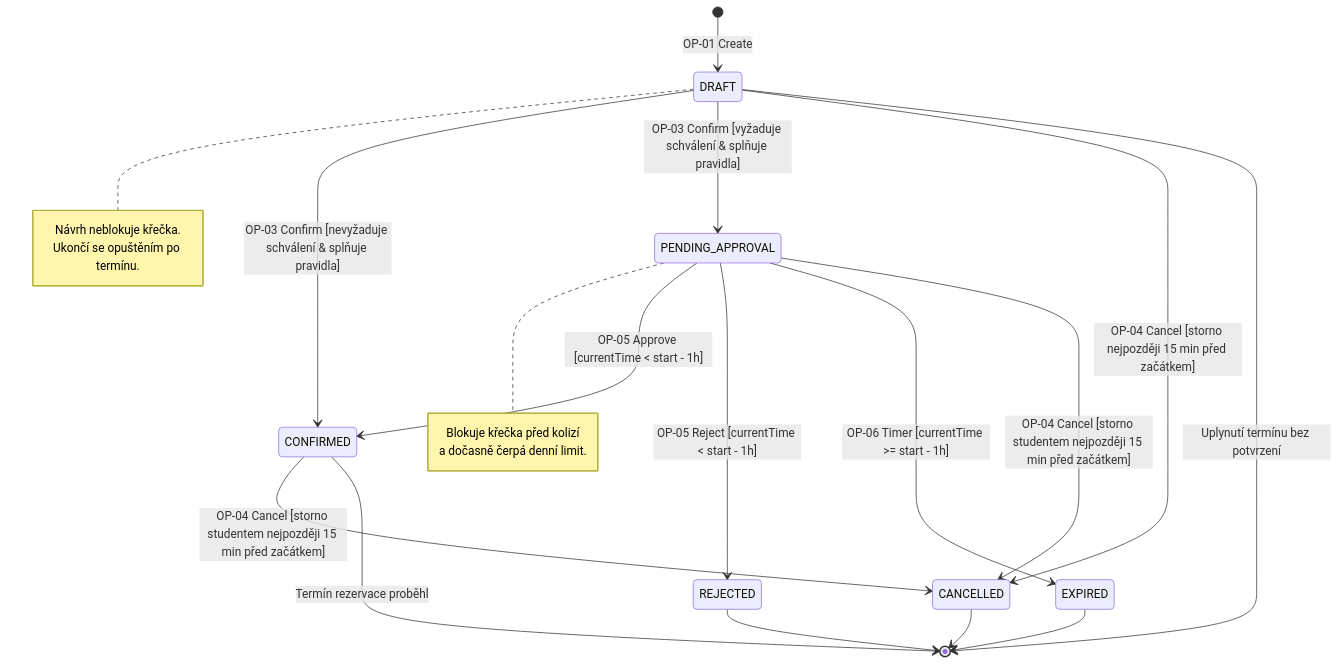
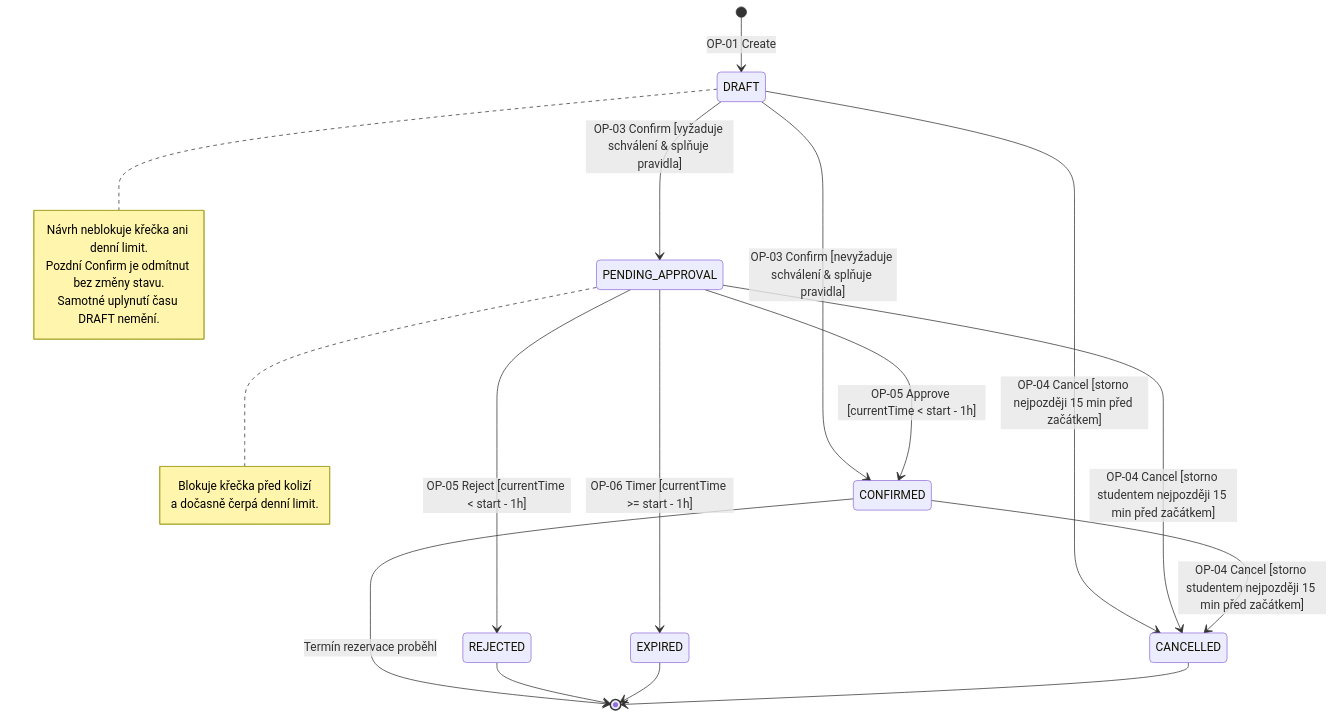
Before and after one commit to tomaskirnig/SWI_2027: the seventh of 8 diagrams in DIAGRAMS.md, drawn with Mermaid. The commit also changed other lines of this file and 7 other files, not shown here.

````diff
--- a/DIAGRAMS.md
+++ b/DIAGRAMS.md
@@ -259,31 +339,31 @@
 ```mermaid
 stateDiagram-v2
     [*] --> DRAFT : OP-01 Create
 
     note right of DRAFT
-        Návrh neblokuje křečka.
-        Ukončí se opuštěním po termínu.
+        Návrh neblokuje křečka ani denní limit.
+        Pozdní Confirm je odmítnut bez změny stavu.
+        Samotné uplynutí času DRAFT nemění.
     end note
 
     DRAFT --> CONFIRMED : OP-03 Confirm [nevyžaduje schválení & splňuje pravidla]
     DRAFT --> PENDING_APPROVAL : OP-03 Confirm [vyžaduje schválení & splňuje pravidla]
     DRAFT --> CANCELLED : OP-04 Cancel [storno nejpozději 15 min před začátkem]
-    DRAFT --> [*] : Uplynutí termínu bez potvrzení
     
     note right of PENDING_APPROVAL
         Blokuje křečka před kolizí
         a dočasně čerpá denní limit.
     end note
 
     PENDING_APPROVAL --> CONFIRMED : OP-05 Approve [currentTime < start - 1h]
     PENDING_APPROVAL --> REJECTED : OP-05 Reject [currentTime < start - 1h]
     PENDING_APPROVAL --> EXPIRED : OP-06 Timer [currentTime >= start - 1h]
     PENDING_APPROVAL --> CANCELLED : OP-04 Cancel [storno studentem nejpozději 15 min před začátkem]
 
     CONFIRMED --> CANCELLED : OP-04 Cancel [storno studentem nejpozději 15 min před začátkem]
     CONFIRMED --> [*] : Termín rezervace proběhl
 
     REJECTED --> [*]
     EXPIRED --> [*]
     CANCELLED --> [*]
 ```
````
